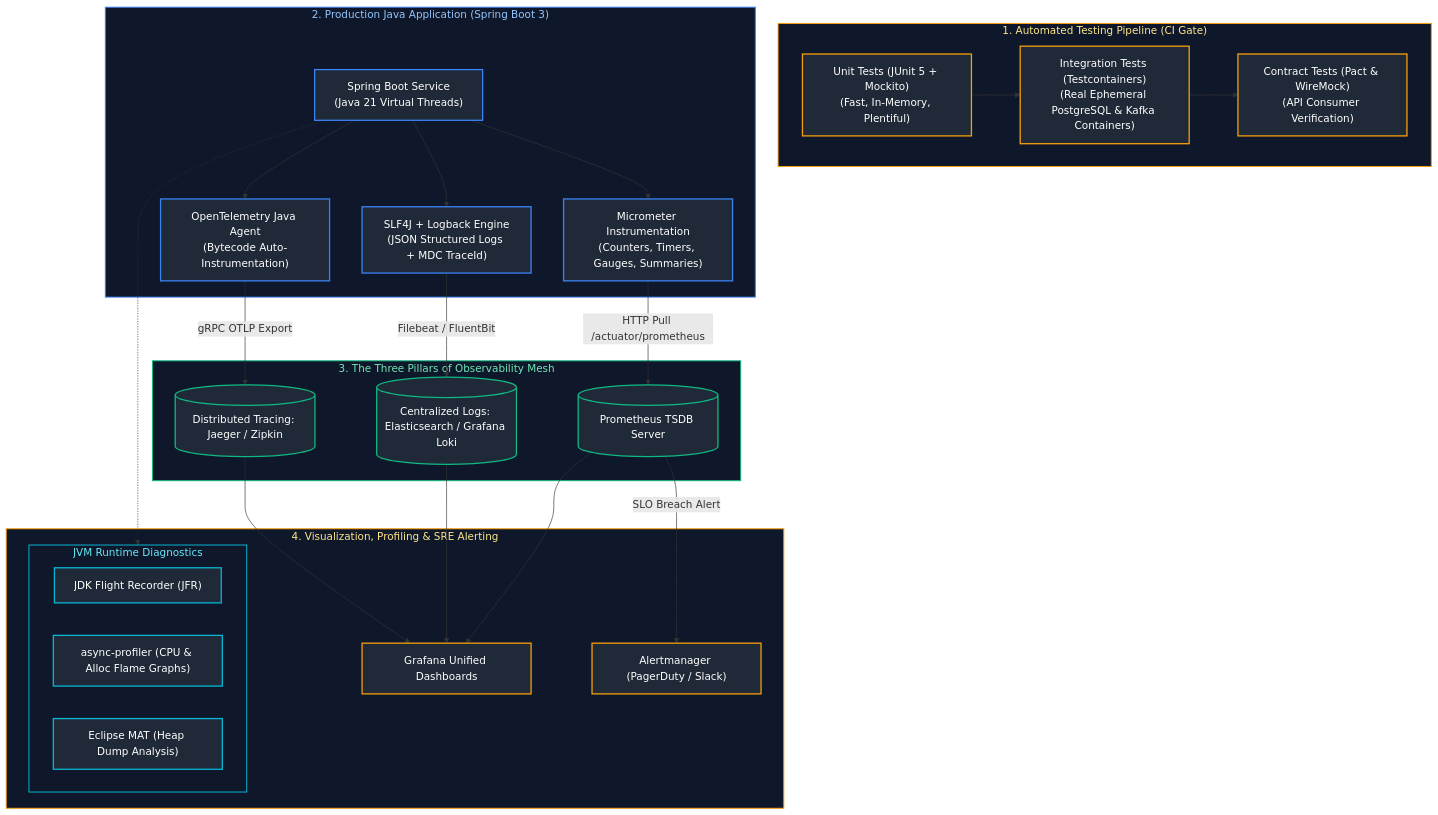
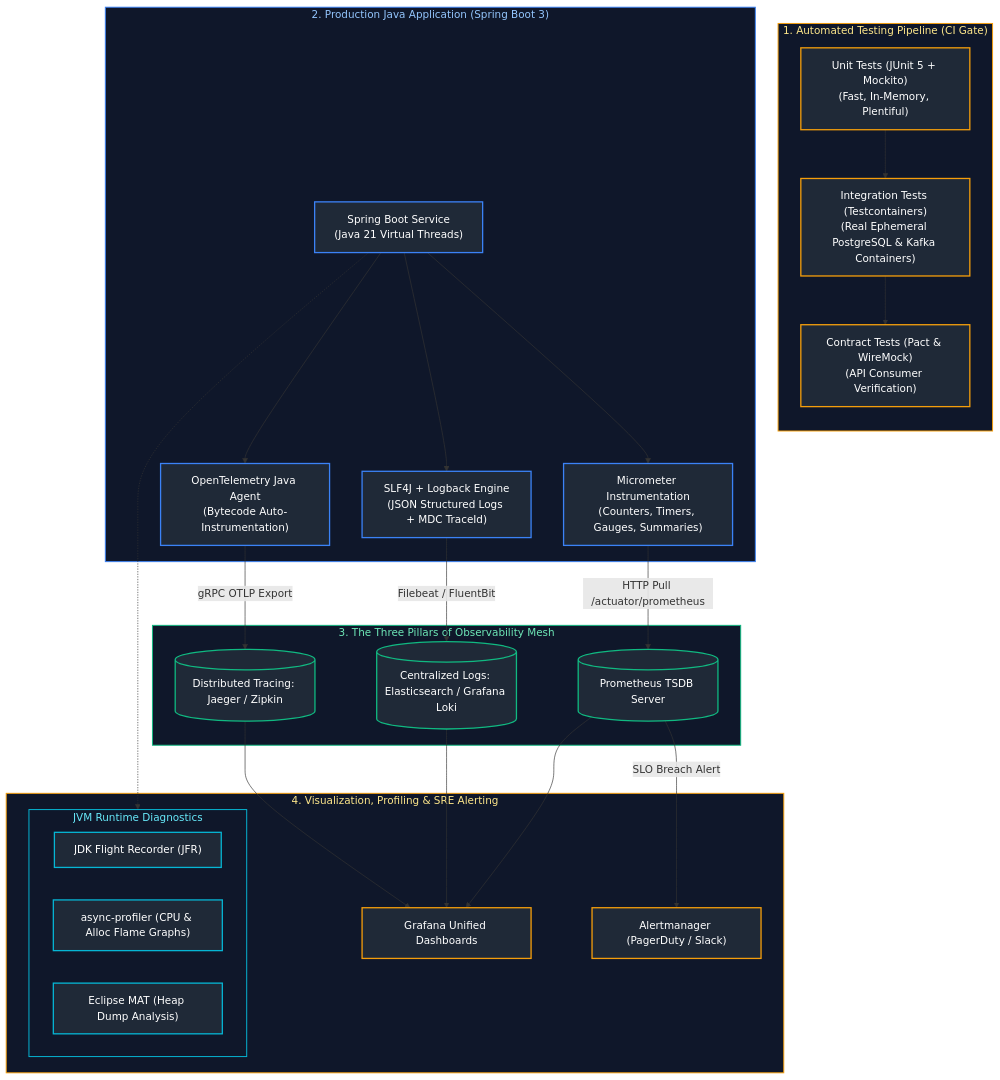
One commit to joydeep-biswas/Interview-Preparation changed the first of 5 diagrams in Java Backend Engineering/14_testing_observability_performance_production_engineering.md. Above: the diagram before and after it, drawn with Mermaid. The commit also changed other lines of this file and 76 other files, not shown here.

Commit message:
Updated Charts

````diff
--- a/Java Backend Engineering/14_testing_observability_performance_production_engineering.md
+++ b/Java Backend Engineering/14_testing_observability_performance_production_engineering.md
@@ -9,62 +9,63 @@
 ```mermaid
 flowchart TD
     subgraph Testing_Pyramid_CI["1. Automated Testing Pipeline (CI Gate)"]
+        direction TB
         UnitTests["Unit Tests (JUnit 5 + Mockito)<br/>(Fast, In-Memory, Plentiful)"]
         TestcontainersFlow["Integration Tests (Testcontainers)<br/>(Real Ephemeral PostgreSQL & Kafka Containers)"]
         ContractTests["Contract Tests (Pact & WireMock)<br/>(API Consumer Verification)"]
         UnitTests --> TestcontainersFlow --> ContractTests
     end
 
     subgraph Production_Workload["2. Production Java Application (Spring Boot 3)"]
         App["Spring Boot Service<br/>(Java 21 Virtual Threads)"]
         Logback["SLF4J + Logback Engine<br/>(JSON Structured Logs + MDC TraceId)"]
         Micrometer["Micrometer Instrumentation<br/>(Counters, Timers, Gauges, Summaries)"]
         OTelAgent["OpenTelemetry Java Agent<br/>(Bytecode Auto-Instrumentation)"]
         
         App --> Logback
         App --> Micrometer
         App --> OTelAgent
     end
 
     subgraph Observability_Mesh["3. The Three Pillars of Observability Mesh"]
         Logback -->|Filebeat / FluentBit| CentralLogs[("Centralized Logs: Elasticsearch / Grafana Loki")]
         Micrometer -->|HTTP Pull /actuator/prometheus| Prometheus[("Prometheus TSDB Server")]
         OTelAgent -->|gRPC OTLP Export| Jaeger[("Distributed Tracing: Jaeger / Zipkin")]
     end
 
     subgraph Visualization_Alerting["4. Visualization, Profiling & SRE Alerting"]
         Prometheus --> Grafana["Grafana Unified Dashboards"]
         CentralLogs --> Grafana
         Jaeger --> Grafana
         Prometheus -->|SLO Breach Alert| Alertmanager["Alertmanager (PagerDuty / Slack)"]
         
         subgraph Diagnostics["JVM Runtime Diagnostics"]
             JFR["JDK Flight Recorder (JFR)"]
             AsyncProf["async-profiler (CPU & Alloc Flame Graphs)"]
             MAT["Eclipse MAT (Heap Dump Analysis)"]
         end
         App -.-> Diagnostics
     end
 
     style Testing_Pyramid_CI fill:#0f172a,stroke:#f59e0b,stroke-width:1.5px,color:#fde68a
     style Production_Workload fill:#0f172a,stroke:#3b82f6,stroke-width:1.5px,color:#93c5fd
     style Observability_Mesh fill:#0f172a,stroke:#10b981,stroke-width:1.5px,color:#6ee7b7
     style Visualization_Alerting fill:#0f172a,stroke:#f59e0b,stroke-width:1.5px,color:#fde68a
     style Diagnostics fill:#0f172a,stroke:#06b6d4,stroke-width:1.5px,color:#67e8f9
 
     style UnitTests fill:#1f2937,stroke:#f59e0b,stroke-width:2px,color:#fff
     style TestcontainersFlow fill:#1f2937,stroke:#f59e0b,stroke-width:2px,color:#fff
     style ContractTests fill:#1f2937,stroke:#f59e0b,stroke-width:2px,color:#fff
     style App fill:#1f2937,stroke:#3b82f6,stroke-width:2px,color:#fff
     style Logback fill:#1f2937,stroke:#3b82f6,stroke-width:2px,color:#fff
     style Micrometer fill:#1f2937,stroke:#3b82f6,stroke-width:2px,color:#fff
     style OTelAgent fill:#1f2937,stroke:#3b82f6,stroke-width:2px,color:#fff
     style CentralLogs fill:#1f2937,stroke:#10b981,stroke-width:2px,color:#fff
     style Prometheus fill:#1f2937,stroke:#10b981,stroke-width:2px,color:#fff
     style Jaeger fill:#1f2937,stroke:#10b981,stroke-width:2px,color:#fff
     style Grafana fill:#1f2937,stroke:#f59e0b,stroke-width:2px,color:#fff
     style Alertmanager fill:#1f2937,stroke:#f59e0b,stroke-width:2px,color:#fff
     style JFR fill:#1f2937,stroke:#06b6d4,stroke-width:2px,color:#fff
     style AsyncProf fill:#1f2937,stroke:#06b6d4,stroke-width:2px,color:#fff
     style MAT fill:#1f2937,stroke:#06b6d4,stroke-width:2px,color:#fff
 ```
````
